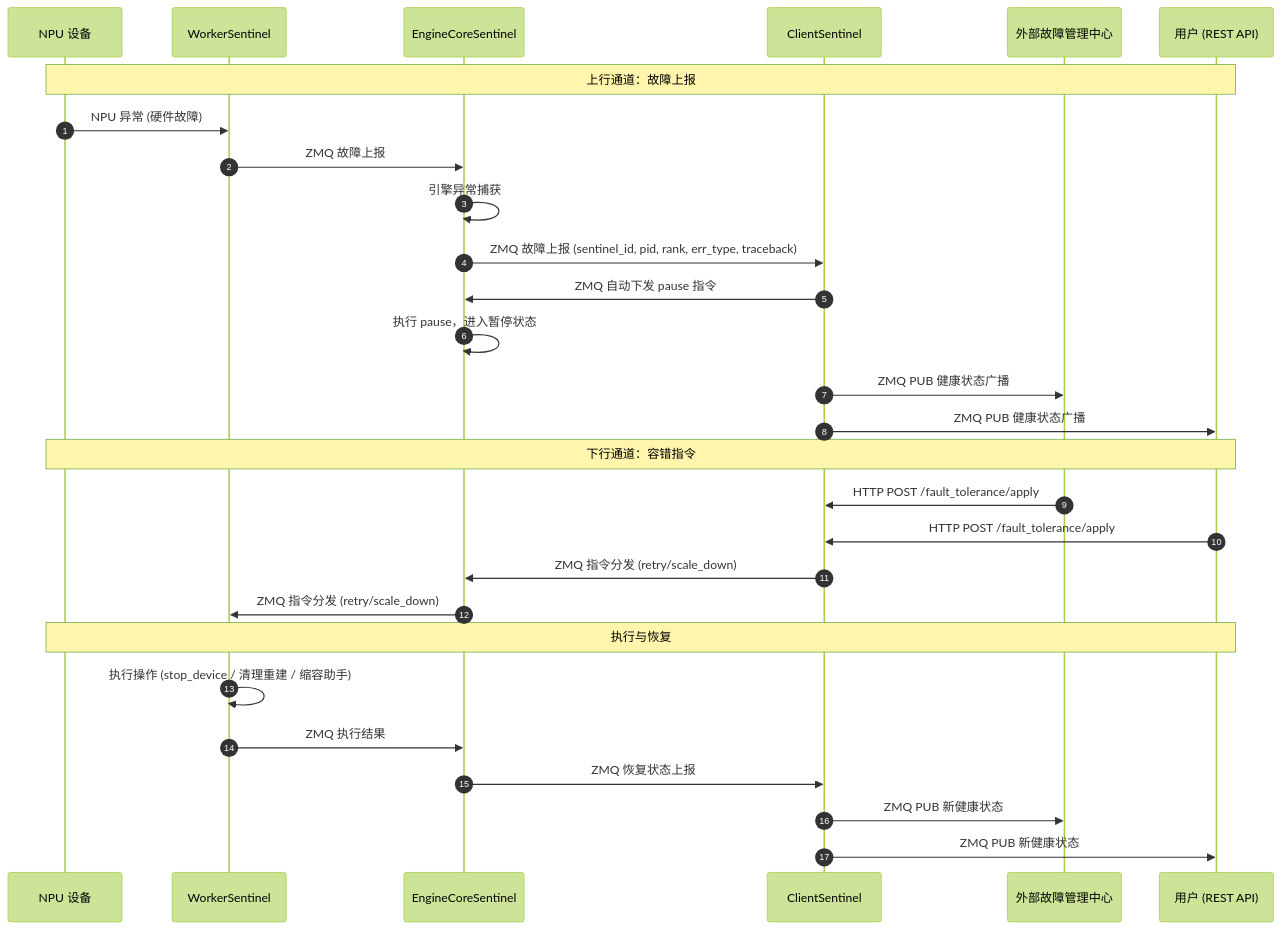
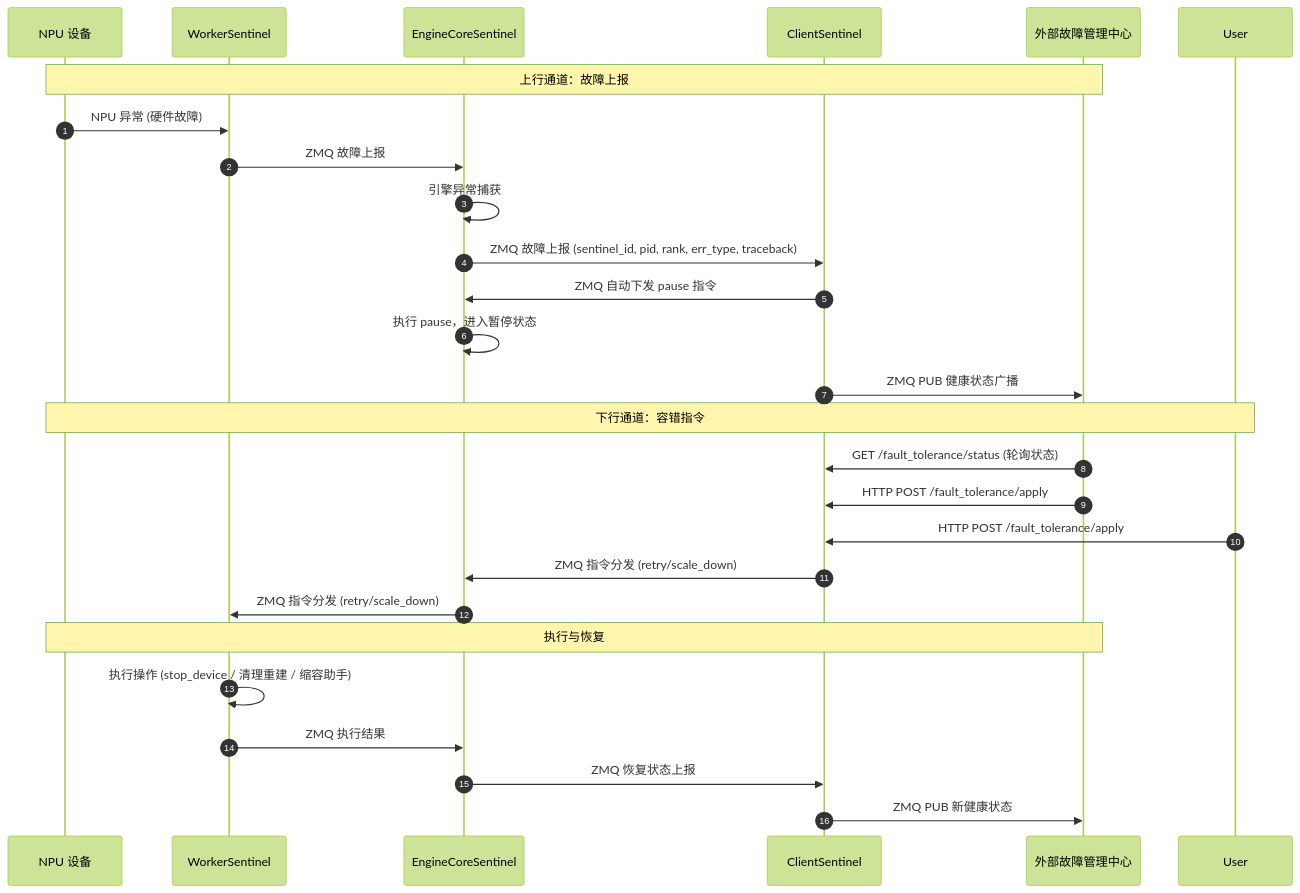
Before and after one commit to Computing-Availability-Tools/CATHelper: the fourth of 4 diagrams in elastic-ep/vllm/DESIGN.md, drawn with Mermaid (forest theme). The commit also changed other lines of this file and 4 other files, not shown here.

````diff
--- a/elastic-ep/vllm/DESIGN.md
+++ b/elastic-ep/vllm/DESIGN.md
@@ -144,33 +144,31 @@
 ```mermaid
 sequenceDiagram
     autonumber
     participant NPU as NPU 设备
     participant W as WorkerSentinel
     participant EC as EngineCoreSentinel
     participant CS as ClientSentinel
     participant MC as 外部故障管理中心
-    participant User as 用户 (REST API)
 
-    Note over NPU,User: 上行通道：故障上报
+    Note over NPU,MC: 上行通道：故障上报
     NPU->>W: NPU 异常 (硬件故障)
     W->>EC: ZMQ 故障上报
     EC->>EC: 引擎异常捕获
     EC->>CS: ZMQ 故障上报 (sentinel_id, pid, rank, err_type, traceback)
     CS->>EC: ZMQ 自动下发 pause 指令
     EC->>EC: 执行 pause，进入暂停状态
     CS->>MC: ZMQ PUB 健康状态广播
-    CS->>User: ZMQ PUB 健康状态广播
 
     Note over NPU,User: 下行通道：容错指令
+    MC->>CS: GET /fault_tolerance/status (轮询状态)
     MC->>CS: HTTP POST /fault_tolerance/apply
     User->>CS: HTTP POST /fault_tolerance/apply
     CS->>EC: ZMQ 指令分发 (retry/scale_down)
     EC->>W: ZMQ 指令分发 (retry/scale_down)
 
-    Note over NPU,User: 执行与恢复
+    Note over NPU,MC: 执行与恢复
     W->>W: 执行操作 (stop_device / 清理重建 / 缩容助手)
     W->>EC: ZMQ 执行结果
     EC->>CS: ZMQ 恢复状态上报
     CS->>MC: ZMQ PUB 新健康状态
-    CS->>User: ZMQ PUB 新健康状态
 ```
````
